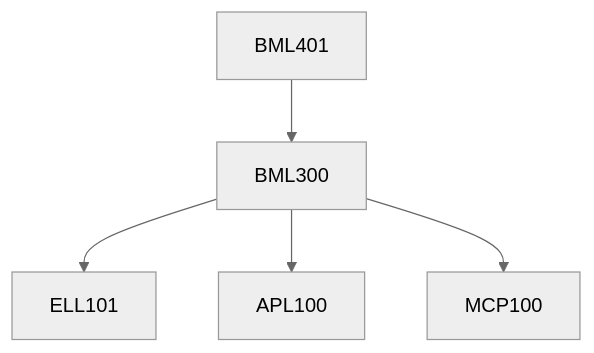
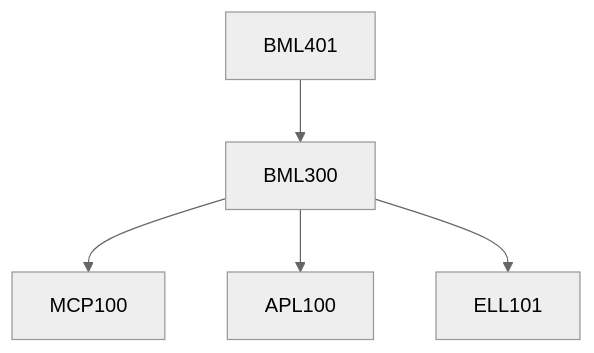
One commit to KeshavBansal0122/CoS_Website changed the diagram in content/Biomedical Engineering/BML401.md. Above: the diagram before and after it, drawn with Mermaid (neutral theme). The commit also changed other lines of this file and 392 other files, not shown here.

````diff
--- a/content/Biomedical Engineering/BML401.md
+++ b/content/Biomedical Engineering/BML401.md
@@ -19,11 +19,11 @@
 ```mermaid
 flowchart TD
 BML401-103[BML401]
-BML300-103 --> ELL101-103[ELL101]
-BML300-103 --> APL100-103[APL100]
 BML300-103 --> MCP100-103[MCP100]
 BML401-103 --> BML300-103[BML300]
+BML300-103 --> APL100-103[APL100]
+BML300-103 --> ELL101-103[ELL101]
 
 classDef empty height:17px, fill:transparent, stroke:transparent;
 classDef trueEmpty height:0px, width:0px;
 ```
````
